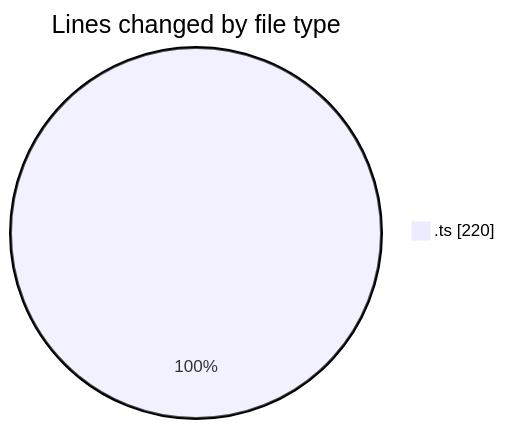
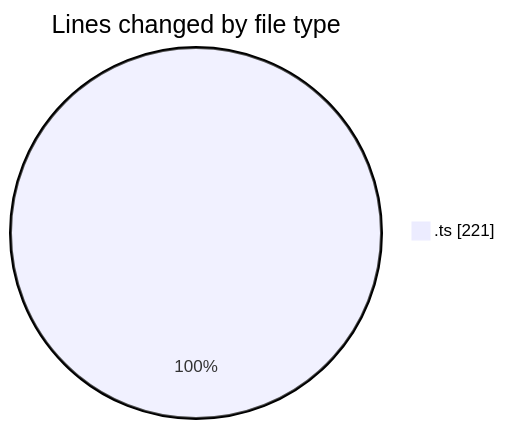
The first of 2 diagrams in 2025-11-10/eventscop-frontend-guide__workspace_/README.md (julien-gomy/code-tracking), drawn with Mermaid before and after one commit. The commit also changed other lines of this file and 1 other file, not shown here.

````diff
--- a/2025-11-10/eventscop-frontend-guide__workspace_/README.md
+++ b/2025-11-10/eventscop-frontend-guide__workspace_/README.md
@@ -21,5 +21,5 @@
 ```mermaid
 pie showData
 title Lines changed by file type
-".ts" : 220
+".ts" : 221
 ```
````
